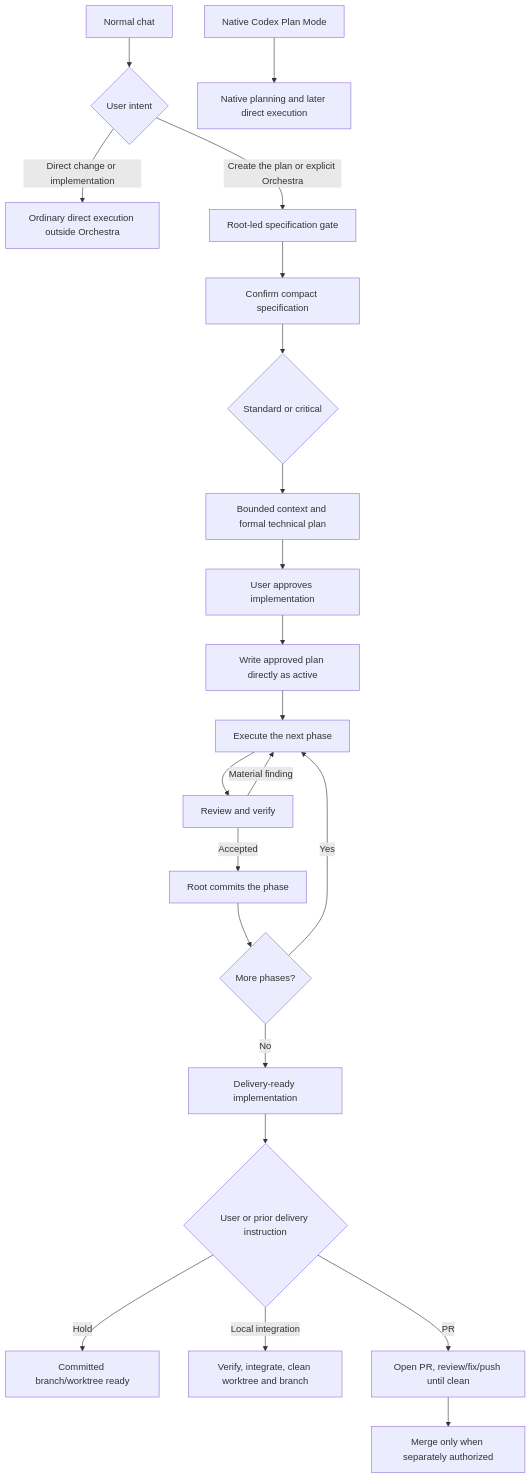
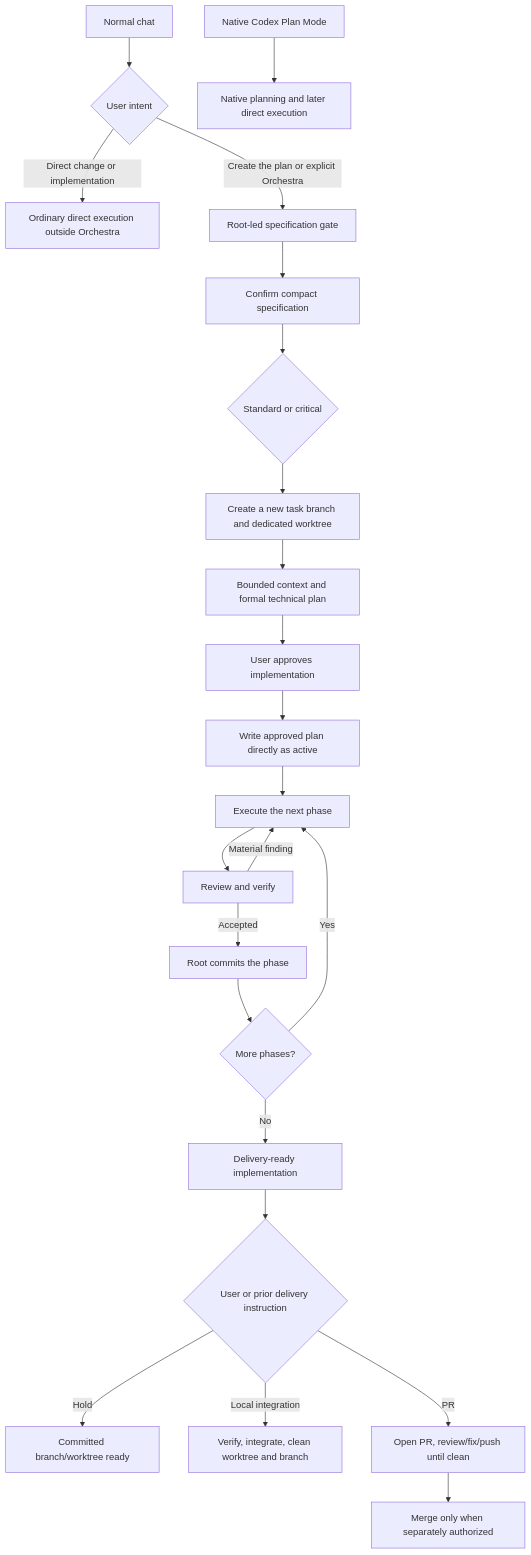
Before and after one commit to FranciscoJSBarragan/Orchestra: the diagram in docs/WORKFLOW.md, drawn with Mermaid. The commit also changed other lines of this file and 11 other files, not shown here.

````diff
--- a/docs/WORKFLOW.md
+++ b/docs/WORKFLOW.md
@@ -5,24 +5,25 @@
 ```mermaid
 flowchart TD
     U["Normal chat"] --> Q{"User intent"}
     Q -->|"Direct change or implementation"| DX["Ordinary direct execution outside Orchestra"]
     Q -->|"Create the plan or explicit Orchestra"| S["Root-led specification gate"]
     NPM["Native Codex Plan Mode"] --> PX["Native planning and later direct execution"]
     S --> C["Confirm compact specification"]
     C --> T{"Standard or critical"}
-    T --> P["Bounded context and formal technical plan"]
+    T --> I["Create a new task branch and dedicated worktree"]
+    I --> P["Bounded context and formal technical plan"]
     P --> A["User approves implementation"]
     A --> W["Write approved plan directly as active"]
     W --> F["Execute the next phase"]
     F --> R["Review and verify"]
     R -->|"Material finding"| F
     R -->|"Accepted"| M["Root commits the phase"]
     M --> N{"More phases?"}
     N -->|"Yes"| F
     N -->|"No"| D["Delivery-ready implementation"]
     D --> H{"User or prior delivery instruction"}
     H -->|"Hold"| HX["Committed branch/worktree ready"]
     H -->|"Local integration"| LI["Verify, integrate, clean worktree and branch"]
     H -->|"PR"| PR["Open PR, review/fix/push until clean"]
     PR --> PMG["Merge only when separately authorized"]
 ```
````
